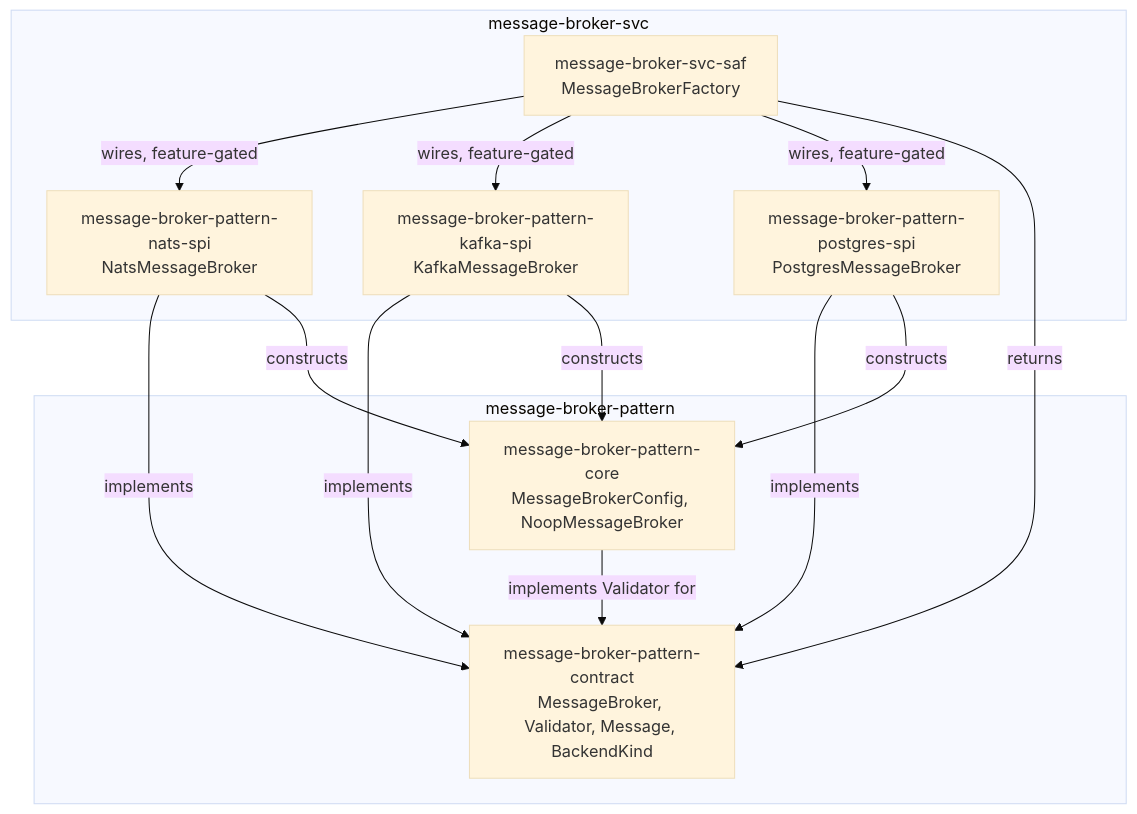
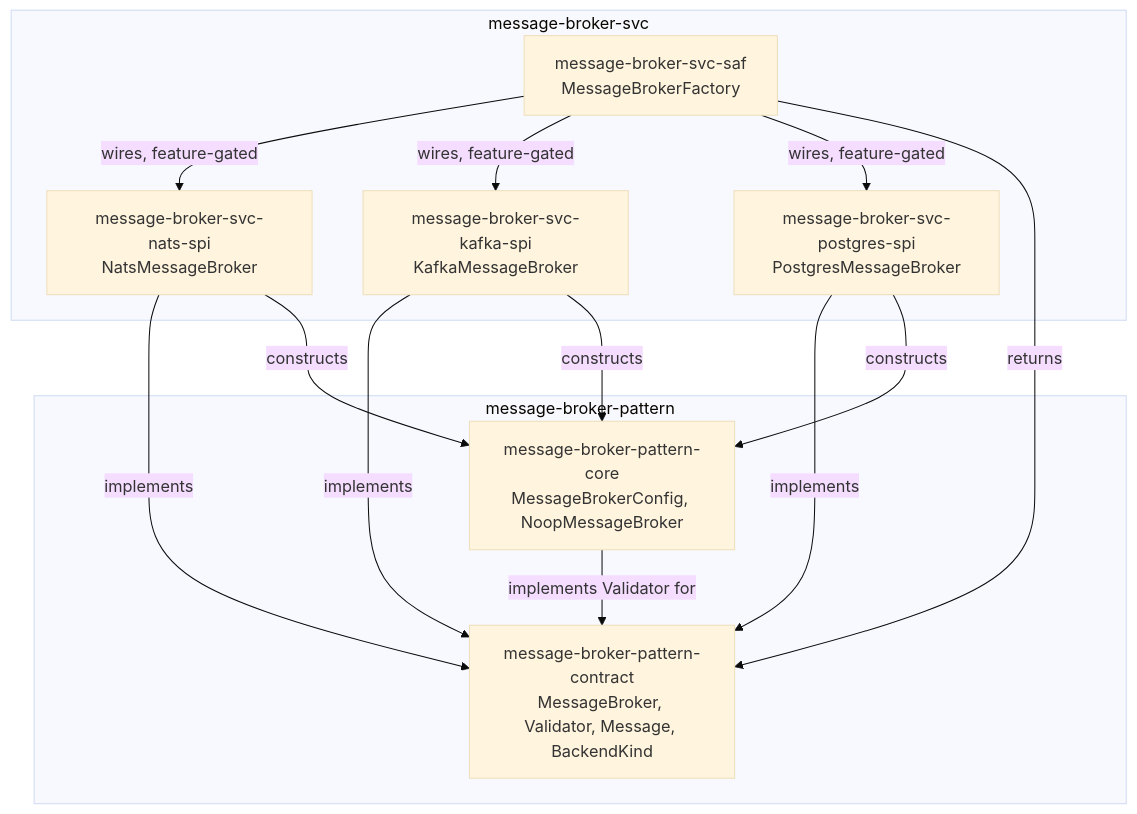
The diagram in scm/docs/3-design/architecture.md (sweengineeringlabs/message-broker-svc), drawn with Mermaid (base theme) before and after one commit. The commit also changed other lines of this file and 15 other files, not shown here.

First line of the commit message:
fix: rename provider spi crates to message-broker-svc-*, not -pattern-*

````diff
--- a/scm/docs/3-design/architecture.md
+++ b/scm/docs/3-design/architecture.md
@@ -30,27 +30,27 @@
 ```mermaid
 flowchart TD
     subgraph pattern["message-broker-pattern"]
         contract["message-broker-pattern-contract<br/>MessageBroker, Validator, Message, BackendKind"]
         core["message-broker-pattern-core<br/>MessageBrokerConfig, NoopMessageBroker"]
         core -->|implements Validator for| contract
     end
 
     subgraph svc["message-broker-svc"]
         saf["message-broker-svc-saf<br/>MessageBrokerFactory"]
-        nats["message-broker-pattern-nats-spi<br/>NatsMessageBroker"]
-        kafka["message-broker-pattern-kafka-spi<br/>KafkaMessageBroker"]
-        postgres["message-broker-pattern-postgres-spi<br/>PostgresMessageBroker"]
+        nats["message-broker-svc-nats-spi<br/>NatsMessageBroker"]
+        kafka["message-broker-svc-kafka-spi<br/>KafkaMessageBroker"]
+        postgres["message-broker-svc-postgres-spi<br/>PostgresMessageBroker"]
 
         nats -->|implements| contract
         kafka -->|implements| contract
         postgres -->|implements| contract
         nats -->|constructs| core
         kafka -->|constructs| core
         postgres -->|constructs| core
 
         saf -->|wires, feature-gated| nats
         saf -->|wires, feature-gated| kafka
         saf -->|wires, feature-gated| postgres
         saf -->|returns| contract
     end
 ```
````
